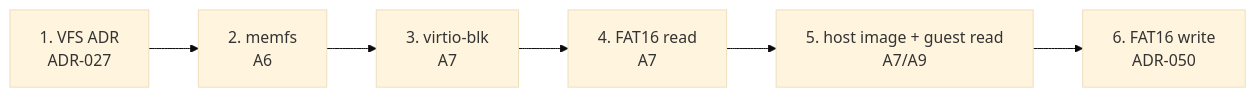
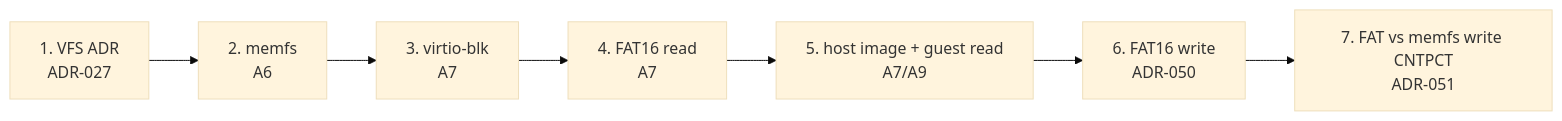
Before and after one commit to artofdream/ctos: the diagram in docs/overview/filesystem.md, drawn with Mermaid (base theme). The commit also changed other lines of this file and 13 other files, not shown here.

````diff
--- a/docs/overview/filesystem.md
+++ b/docs/overview/filesystem.md
@@ -28,8 +28,9 @@
 ```mermaid
 flowchart LR
   V["1. VFS ADR<br/>ADR-027"] --> M["2. memfs<br/>A6"]
   M --> B["3. virtio-blk<br/>A7"]
   B --> F["4. FAT16 read<br/>A7"]
   F --> H["5. host image + guest read<br/>A7/A9"]
   H --> W["6. FAT16 write<br/>ADR-050"]
+  W --> P["7. FAT vs memfs write CNTPCT<br/>ADR-051"]
 ```
````
